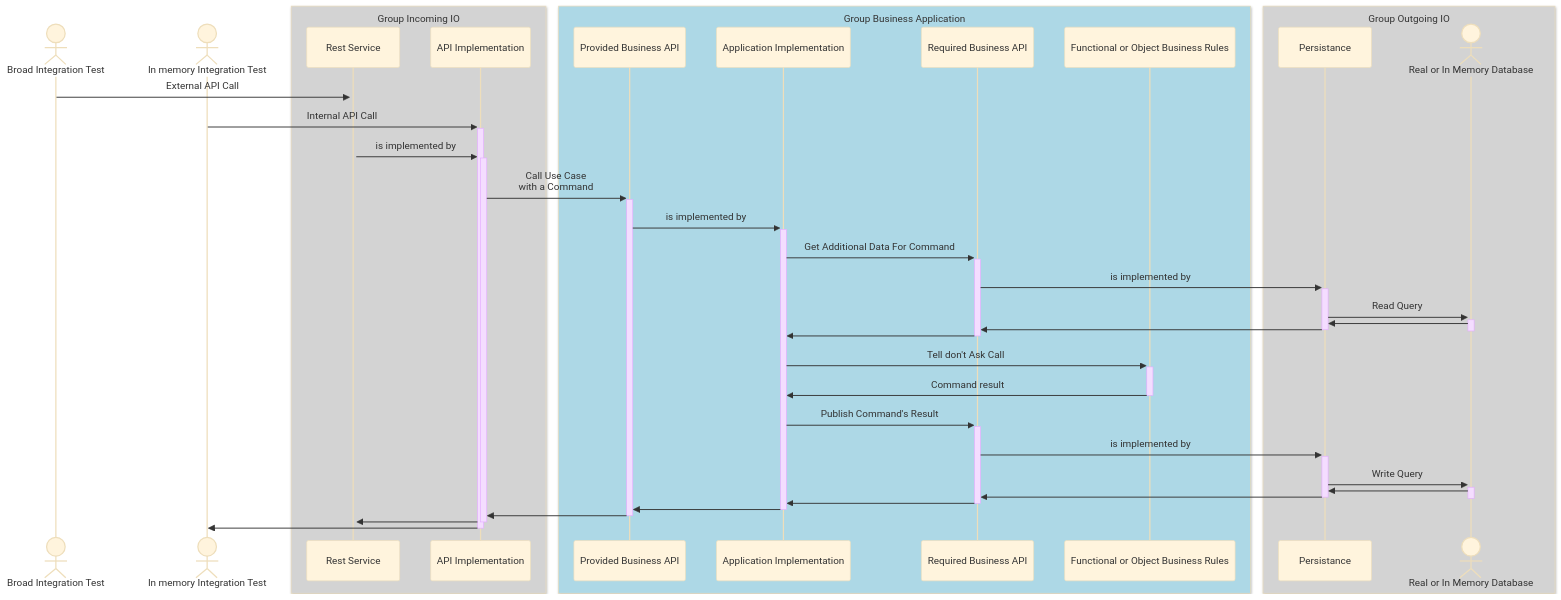
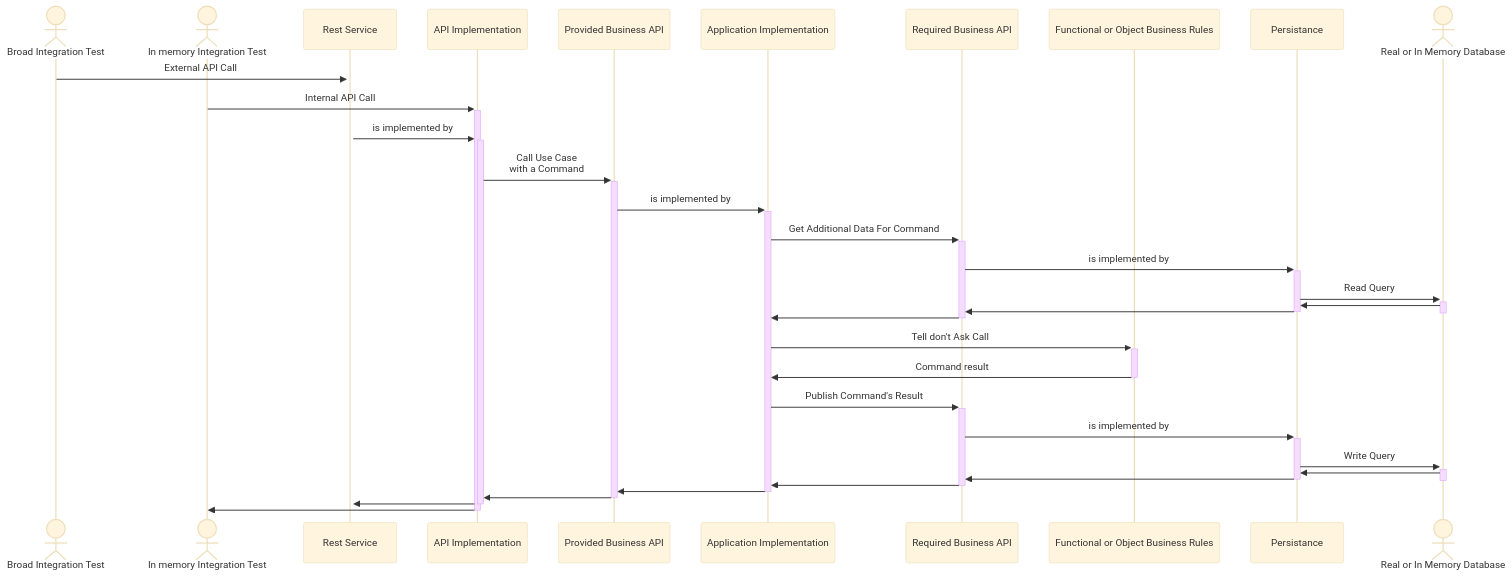
Before and after one commit to PermaSoft/permasoft.github.io: the diagram in 04 Jardins/stratégies de tests.md, drawn with Mermaid (base theme). The commit also changed other lines of this file, not shown here.

Commit message:
vault backup: 2023-04-11 20:43:10
Affected files:
04 Jardins/stratégies de tests.md

````diff
--- a/04 Jardins/stratégies de tests.md
+++ b/04 Jardins/stratégies de tests.md
@@ -103,44 +89,44 @@
 ```mermaid
 sequenceDiagram
 	actor Broad Integration Test;
 	actor In memory Integration Test;
-	box LightGrey Group Incoming IO;
-		participant Rest Service;
-		participant API Implementation;
-	end;
-	box LightBlue Group Business Application
+%%	box LightGrey Group Incoming IO;
+	participant Rest Service;
+	participant API Implementation;
+%%	end;
+%%	box LightBlue Group Business Application
 		participant Provided Business API
 		participant Application Implementation
 		participant Required Business API
 		participant model as Functional or Object Business Rules
-	end
-	box LightGrey Group Outgoing IO
+%%	end
+%%	box LightGrey Group Outgoing IO
 		participant Persistance
 		actor Real or In Memory Database
-	end
+%%	end
 	Broad Integration Test->>+Rest Service: External API Call
 	In memory Integration Test->>+API Implementation: Internal API Call
 	Rest Service->>+API Implementation: is implemented by
 	API Implementation->>+Provided Business API: Call Use Case<br/>with a Command
 	Provided Business API->>+Application Implementation: is implemented by
 	Application Implementation->>+Required Business API: Get Additional Data For Command
 	Required Business API->>+Persistance: is implemented by
 	Actor Real or In Memory Database
 	Persistance->>+Real or In Memory Database: Read Query
 	Real or In Memory Database->>-Persistance: 
 	Persistance->>-Required Business API: 
-	Required Business API->>-Application Implementation:
+	Required Business API->>-Application Implementation: 
 	Application Implementation->>+model: Tell don't Ask Call
 	model->>-Application Implementation: Command result
 	Application Implementation->>+Required Business API: Publish Command's Result
 	Required Business API->>+Persistance: is implemented by
 	Persistance->>+Real or In Memory Database: Write Query
 	Real or In Memory Database->>-Persistance: 
 	Persistance->>-Required Business API: 
 	Required Business API->>-Application Implementation: 
 	Application Implementation->>-Provided Business API: 
 	Provided Business API->>-API Implementation: 
 	API Implementation->>-Rest Service: 
 	API Implementation->>-In memory Integration Test: 
 	
 ```
````
